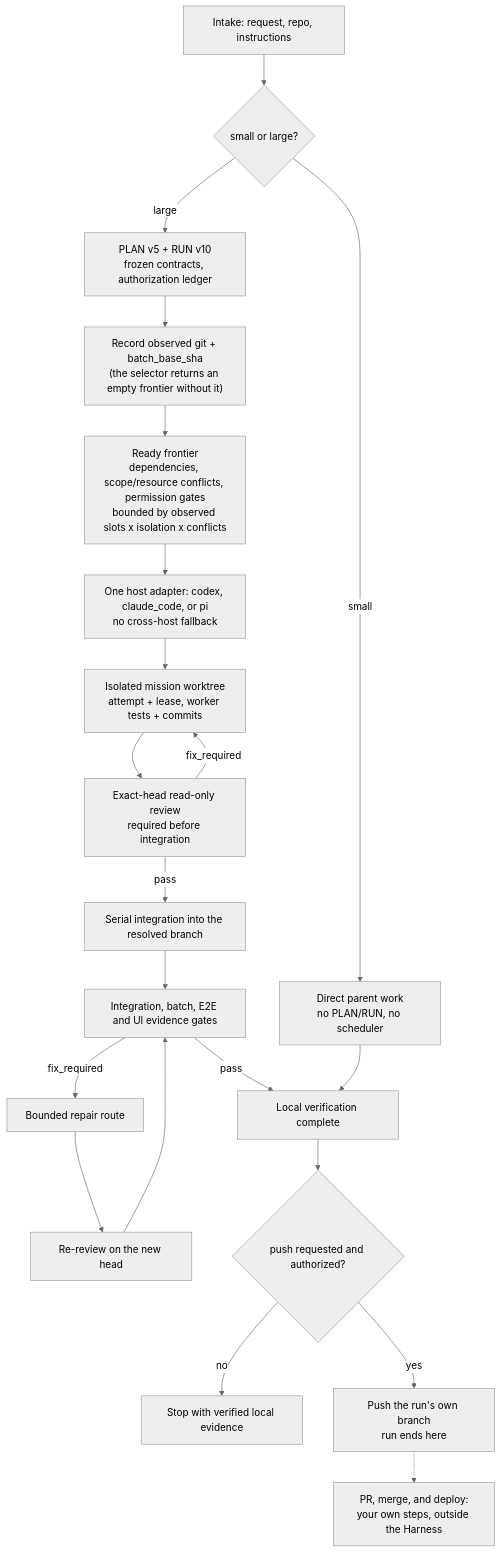
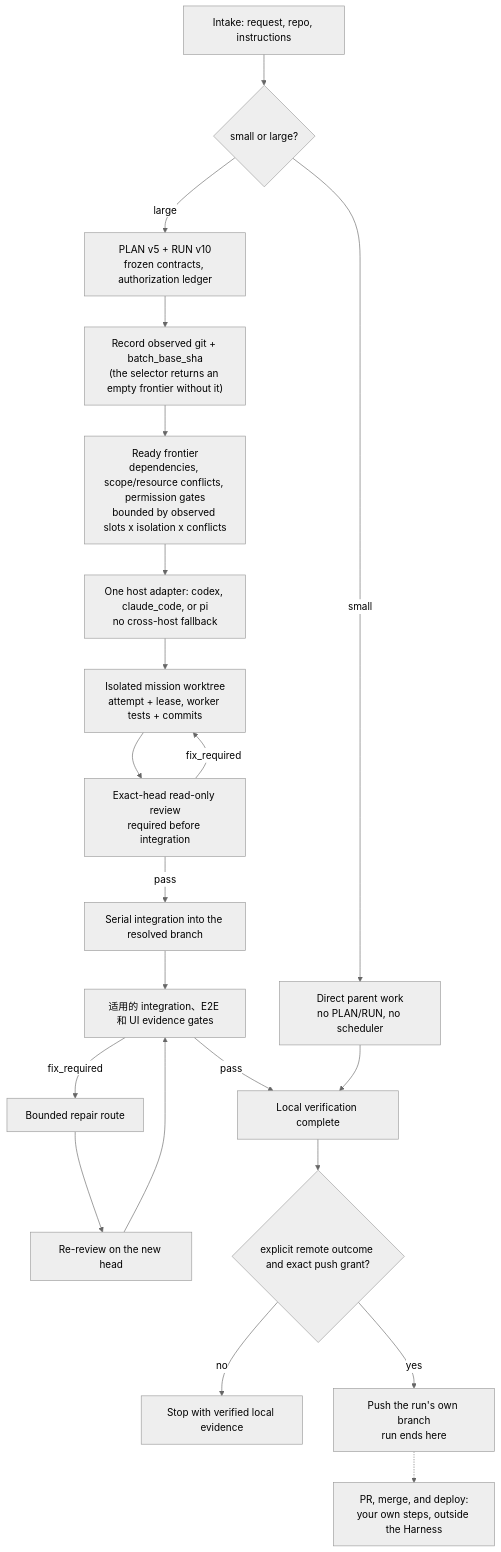
The second of 2 diagrams in README.zh-CN.md (Phlegonlabs/product-delivery-harness), drawn with Mermaid (neutral theme) before and after one commit. The commit also changed other lines of this file and 71 other files, not shown here.

````diff
--- a/README.zh-CN.md
+++ b/README.zh-CN.md
@@ -93,23 +93,23 @@
 ```mermaid
 flowchart TB
   Intake["Intake: request, repo, instructions"] --> Size{"small or large?"}
   Size -->|small| Direct["Direct parent work<br/>no PLAN/RUN, no scheduler"]
   Size -->|large| Plan["PLAN v5 + RUN v10<br/>frozen contracts, authorization ledger"]
   Plan --> Observe["Record observed git + batch_base_sha<br/>(the selector returns an empty frontier without it)"]
   Observe --> Frontier["Ready frontier<br/>dependencies, scope/resource conflicts, permission gates<br/>bounded by observed slots x isolation x conflicts"]
   Frontier --> Host["One host adapter: codex, claude_code, or pi<br/>no cross-host fallback"]
   Host --> Work["Isolated mission worktree<br/>attempt + lease, worker tests + commits"]
   Work --> Review["Exact-head read-only review<br/>required before integration"]
   Review -->|pass| Integrate["Serial integration into the resolved branch"]
   Review -->|fix_required| Work
-  Integrate --> Gates["Integration, batch, E2E and UI evidence gates"]
+  Integrate --> Gates["适用的 integration、E2E 和 UI evidence gates"]
   Gates -->|fix_required| Repair["Bounded repair route"]
   Repair --> Rereview["Re-review on the new head"]
   Rereview --> Gates
   Gates -->|pass| Local["Local verification complete"]
   Direct --> Local
-  Local --> Remote{"push requested and authorized?"}
+  Local --> Remote{"explicit remote outcome and exact push grant?"}
   Remote -->|no| Done["Stop with verified local evidence"]
   Remote -->|yes| Push["Push the run's own branch<br/>run ends here"]
   Push -.-> Yours["PR, merge, and deploy:<br/>your own steps, outside the Harness"]
 ```
````
